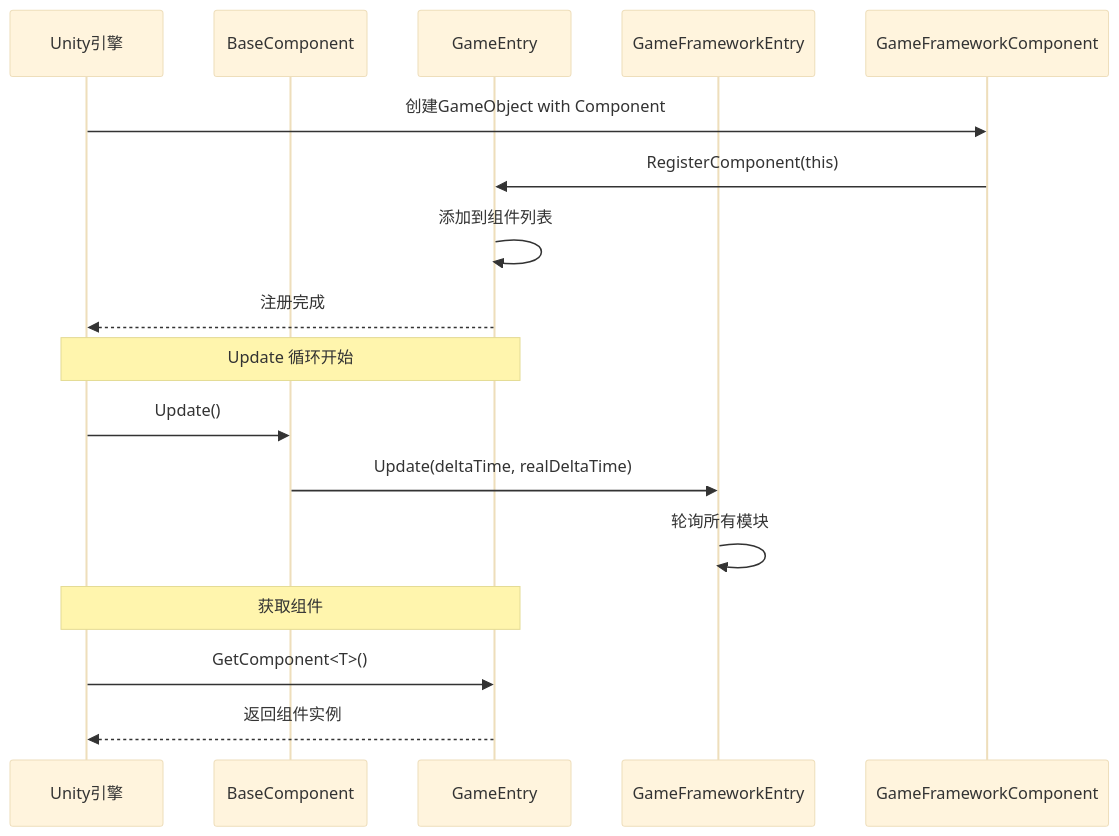
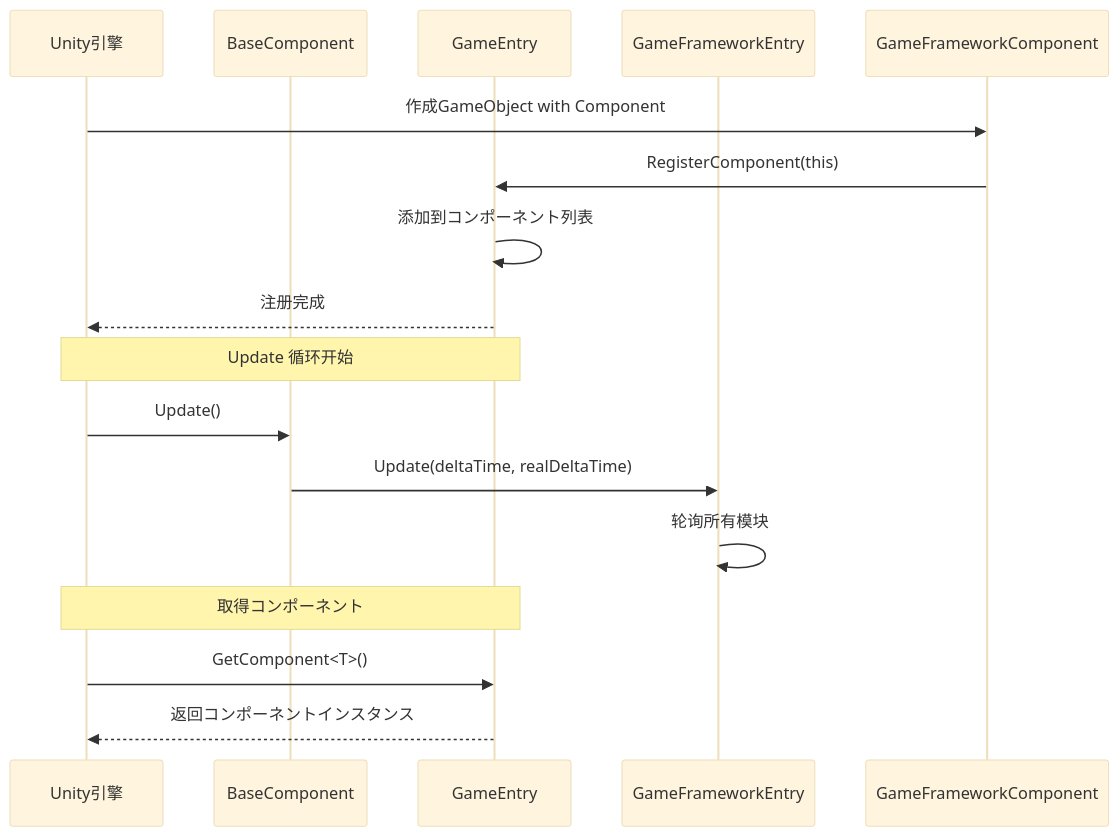
One commit to AlianBlank/GameFrameX.Docs changed the fourth of 4 diagrams in docs/ja/client/unity/component/core/05.base.md. Above: the diagram before and after it, drawn with Mermaid (base theme). The commit also changed other lines of this file and 603 other files, not shown here.

````diff
--- a/docs/ja/client/unity/component/core/05.base.md
+++ b/docs/ja/client/unity/component/core/05.base.md
@@ -112,22 +112,22 @@
 ```mermaid
 sequenceDiagram
     participant Unity as Unity引擎
     participant BC as BaseComponent
     participant GE as GameEntry
     participant GFE as GameFrameworkEntry
     participant GFC as GameFrameworkComponent
 
-    Unity->>GFC: 创建GameObject with Component
+    Unity->>GFC: 作成GameObject with Component
     GFC->>GE: RegisterComponent(this)
-    GE->>GE: 添加到组件列表
+    GE->>GE: 添加到コンポーネント列表
     GE-->>Unity: 注册完成
 
     Note over Unity,GE: Update 循环开始
     Unity->>BC: Update()
     BC->>GFE: Update(deltaTime, realDeltaTime)
     GFE->>GFE: 轮询所有模块
 
-    Note over Unity,GE: 获取组件
+    Note over Unity,GE: 取得コンポーネント
     Unity->>GE: GetComponent<T>()
-    GE-->>Unity: 返回组件实例
+    GE-->>Unity: 返回コンポーネントインスタンス
 ```
````
